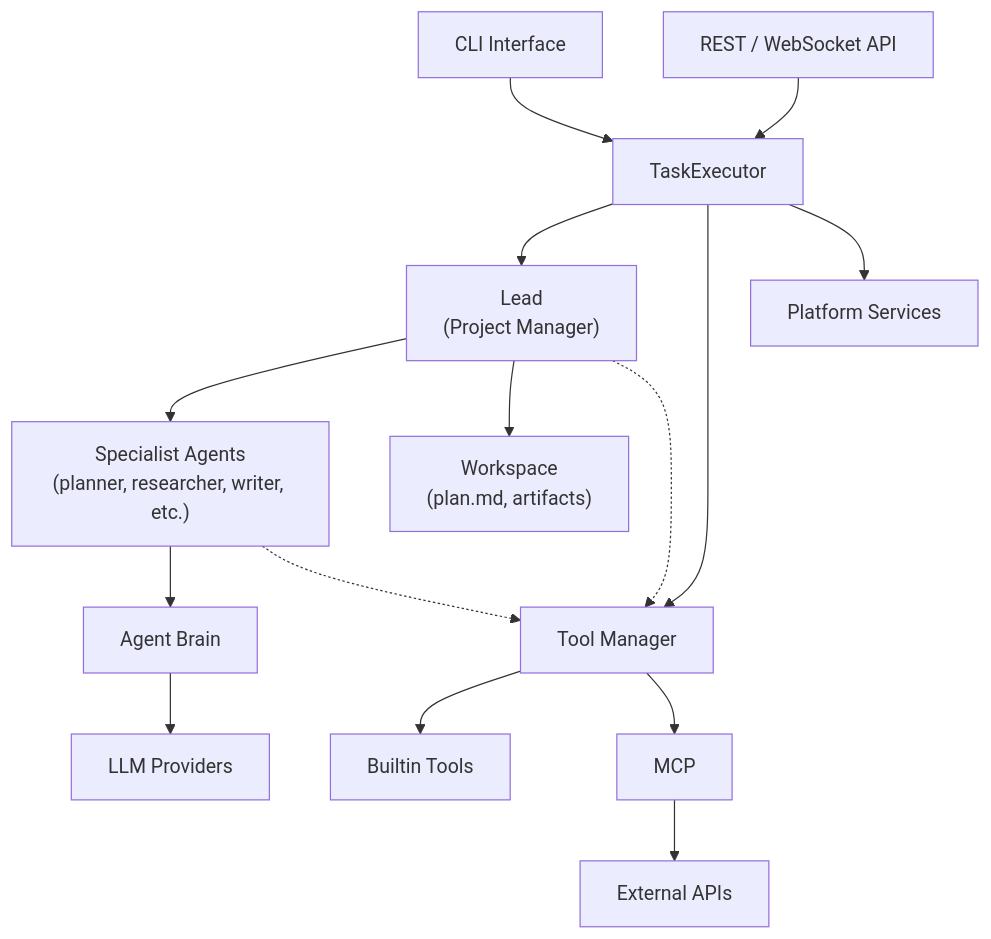
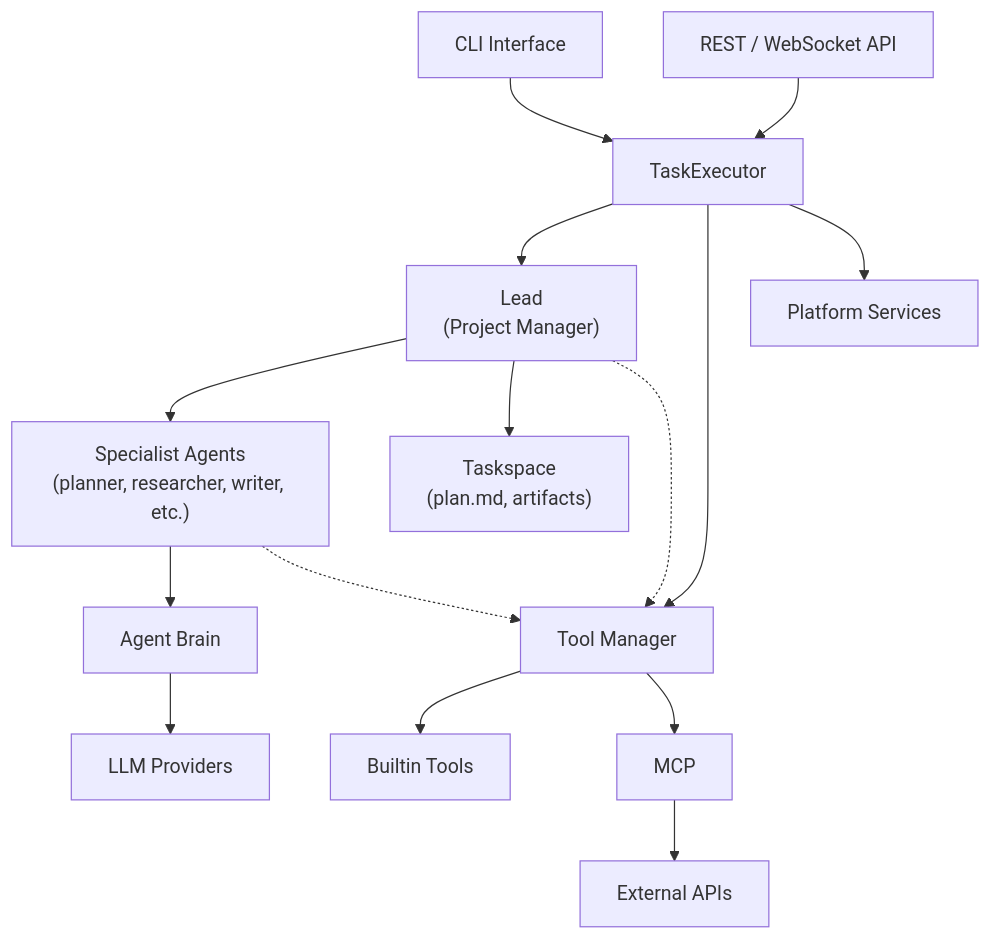
The first of 5 diagrams in docs/content/docs/design/system-architecture.mdx (dustland/agentx), drawn with Mermaid before and after one commit. The commit also changed other lines of this file and 105 other files, not shown here.

First line of the commit message:
refactor: Rename workspace to taskspace across the project

````diff
--- a/docs/content/docs/design/system-architecture.mdx
+++ b/docs/content/docs/design/system-architecture.mdx
@@ -27,31 +27,31 @@
 ```mermaid
 graph TD
     CLI["CLI Interface"]
     API["REST / WebSocket API"]
     TE["TaskExecutor"]
     LEAD["Lead<br/>(Project Manager)"]
     AGENTS["Specialist Agents<br/>(planner, researcher, writer, etc.)"]
     BRAIN["Agent Brain"]
     TM["Tool Manager"]
-    WORKSPACE["Workspace<br/>(plan.md, artifacts)"]
+    WORKSPACE["Taskspace<br/>(plan.md, artifacts)"]
     PLAT["Platform Services"]
     LLM["LLM Providers"]
     TOOLS["Builtin Tools"]
     API_EXT["External APIs"]
     MCP["MCP"]
 
     CLI --> TE
     API --> TE
     TE --> LEAD
     TE --> TM
     LEAD --> AGENTS
     LEAD --> WORKSPACE
     LEAD -.-> TM
     AGENTS --> BRAIN
     AGENTS -.-> TM
     BRAIN --> LLM
     TM --> TOOLS
     TM --> MCP
     MCP --> API_EXT
     TE --> PLAT
 ```
````
